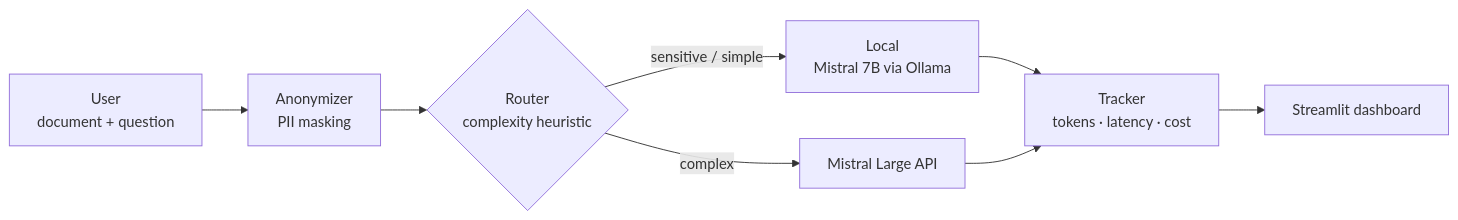
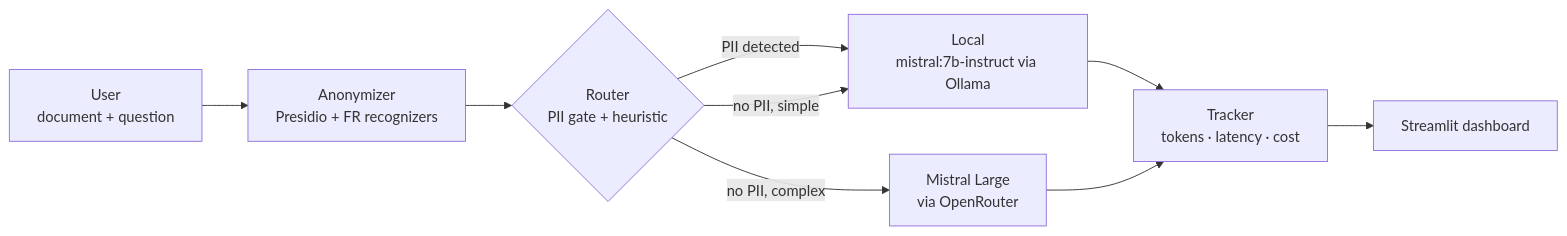
One commit to devarmiche/pii-aware-llm-router changed the diagram in README.md. Above: the diagram before and after it, drawn with Mermaid. The commit also changed other lines of this file and 1 other file, not shown here.

````diff
--- a/README.md
+++ b/README.md
@@ -7,10 +9,11 @@
 ```mermaid
 flowchart LR
-    U[User<br/>document + question] --> A[Anonymizer<br/>PII masking]
-    A --> R{Router<br/>complexity heuristic}
-    R -->|sensitive / simple| L[Local<br/>Mistral 7B via Ollama]
-    R -->|complex| M[Mistral Large API]
+    U[User<br/>document + question] --> A[Anonymizer<br/>Presidio + FR recognizers]
+    A --> R{Router<br/>PII gate + heuristic}
+    R -->|PII detected| L[Local<br/>mistral:7b-instruct via Ollama]
+    R -->|no PII, complex| M[Mistral Large<br/>via OpenRouter]
+    R -->|no PII, simple| L
     L --> T[Tracker<br/>tokens · latency · cost]
     M --> T
     T --> S[Streamlit dashboard]
 ```
````
